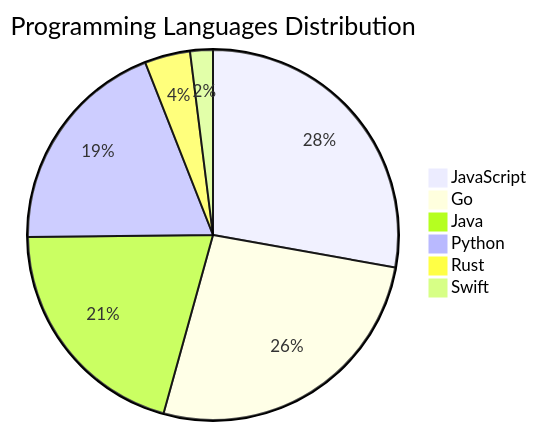
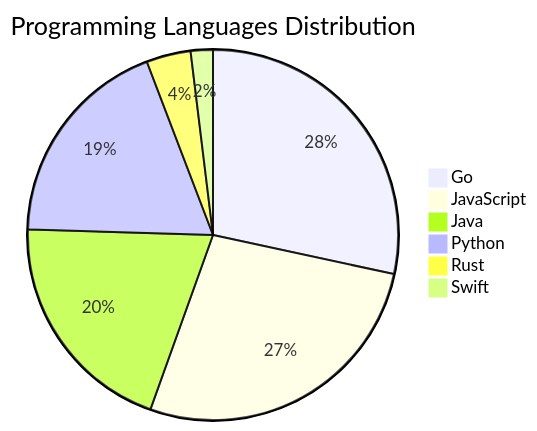
The diagram in README.md (Derrick-MUGISHA/github-activity-bot), drawn with Mermaid before and after one commit. The commit also changed other lines of this file and 4 other files, not shown here.

````diff
--- a/README.md
+++ b/README.md
@@ -206,9 +206,9 @@
 ```mermaid
 pie title Programming Languages Distribution
+    "Go" : 44
     "JavaScript" : 42
-    "Go" : 40
     "Java" : 31
     "Python" : 29
     "Rust" : 6
     "Swift" : 3
 ```
````
